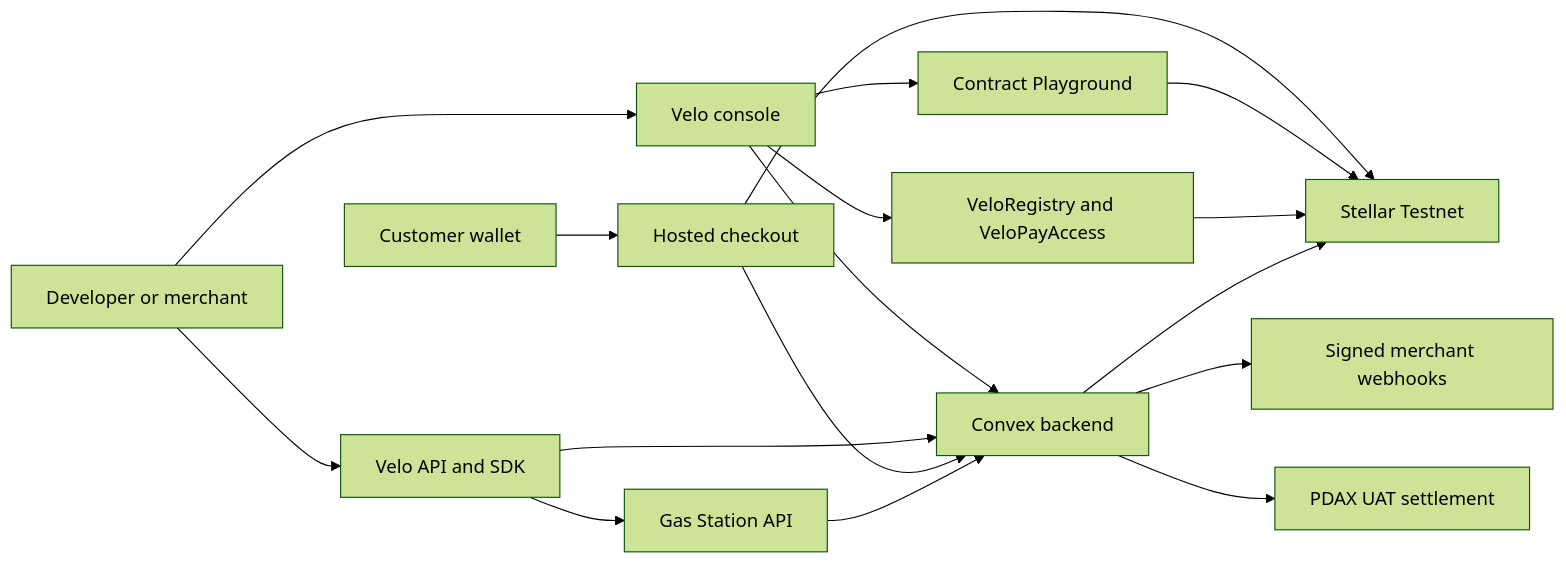
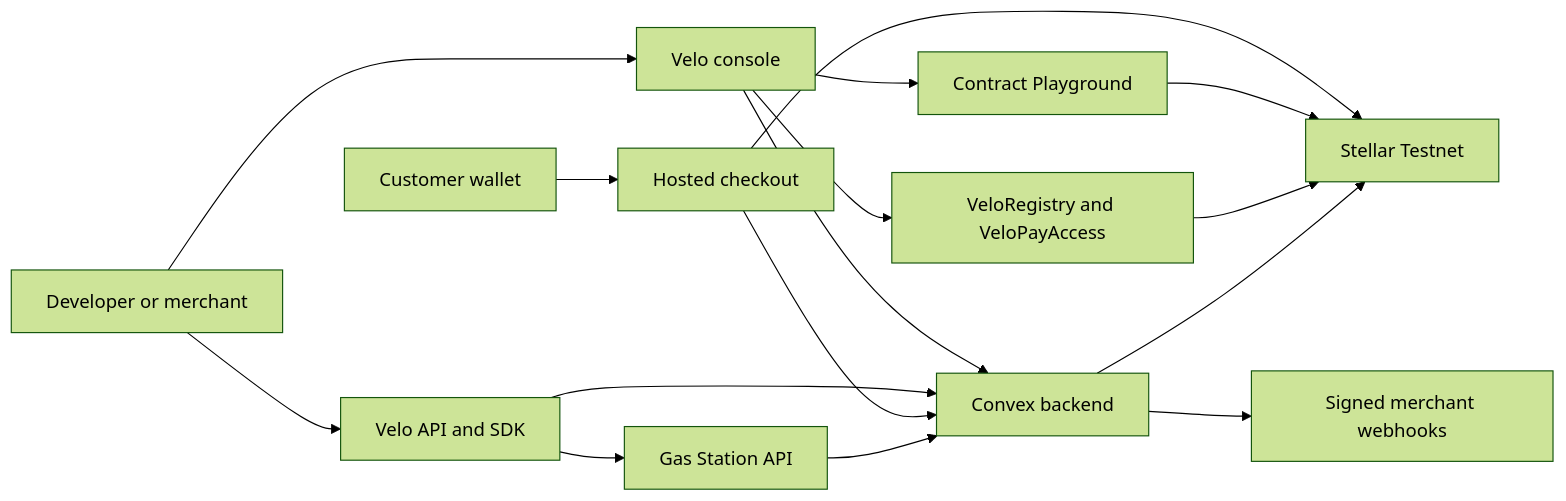
One commit to Velo-Ecosystem-Collection/Velo changed the diagram in README.md. Above: the diagram before and after it, drawn with Mermaid (forest theme). The commit also changed other lines of this file and 101 other files, not shown here.

````diff
--- a/README.md
+++ b/README.md
@@ -229,22 +228,21 @@
 ```mermaid
 flowchart LR
   Merchant[Developer or merchant] --> Console[Velo console]
   Merchant --> SDK[Velo API and SDK]
   Customer[Customer wallet] --> Checkout[Hosted checkout]
 
   Console --> Backend[Convex backend]
   SDK --> Backend
   Checkout --> Backend
 
   Console --> Contracts[VeloRegistry and VeloPayAccess]
   Console --> Playground[Contract Playground]
   SDK --> Gas[Gas Station API]
   Gas --> Backend
   Checkout --> Stellar[Stellar Testnet]
   Playground --> Stellar
   Contracts --> Stellar
   Backend --> Stellar
 
   Backend --> Webhooks[Signed merchant webhooks]
-  Backend --> PDAX[PDAX UAT settlement]
 ```
````
